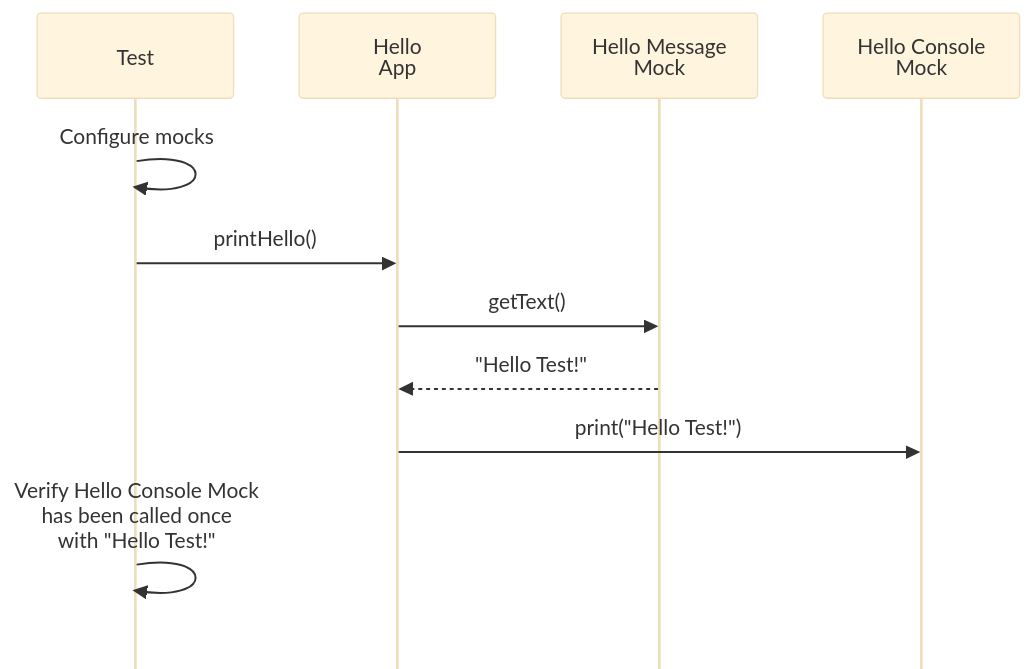
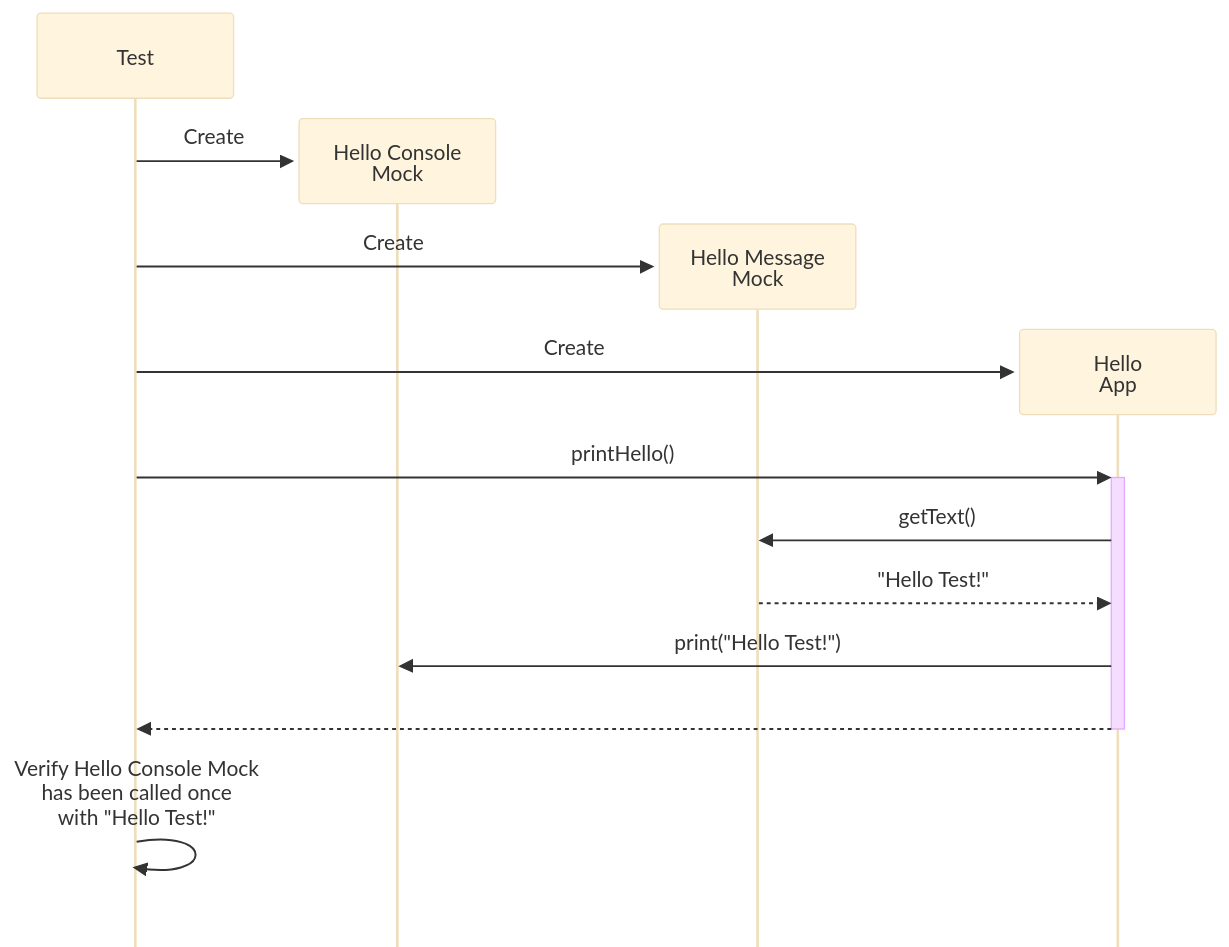
One commit to rogervinas/tests-everywhere changed the third of 3 diagrams in README.md. Above: the diagram before and after it, drawn with Mermaid (base theme). The commit also changed other lines of this file, not shown here.

````diff
--- a/README.md
+++ b/README.md
@@ -31,18 +33,17 @@
 ```mermaid
----
-config:
-    diagramMarginX: 50
-    mirrorActors: false
----
+%%{ init: { "sequence": { "mirrorActors": false } } }%%
 sequenceDiagram
   participant Test
-  participant HelloApp as Hello<br>App
-  participant HelloMessageMock as Hello Message<br>Mock
-  participant HelloConsoleMock as Hello Console<br>Mock  
-  Test ->> Test: Configure mocks
-  Test ->> HelloApp: printHello()
+  create participant HelloConsoleMock as Hello Console<br>Mock
+  Test ->> HelloConsoleMock: Create
+  create participant HelloMessageMock as Hello Message<br>Mock
+  Test ->> HelloMessageMock: Create
+  create participant HelloApp as Hello<br>App
+  Test ->> HelloApp: Create
+  Test ->>+ HelloApp: printHello()
   HelloApp ->> HelloMessageMock: getText()
   HelloMessageMock -->> HelloApp: "Hello Test!"
   HelloApp ->> HelloConsoleMock: print("Hello Test!")
+  HelloApp -->>- Test: #0032;
   Test ->> Test: Verify Hello Console Mock<br>has been called once<br>with "Hello Test!"
 ```
````
